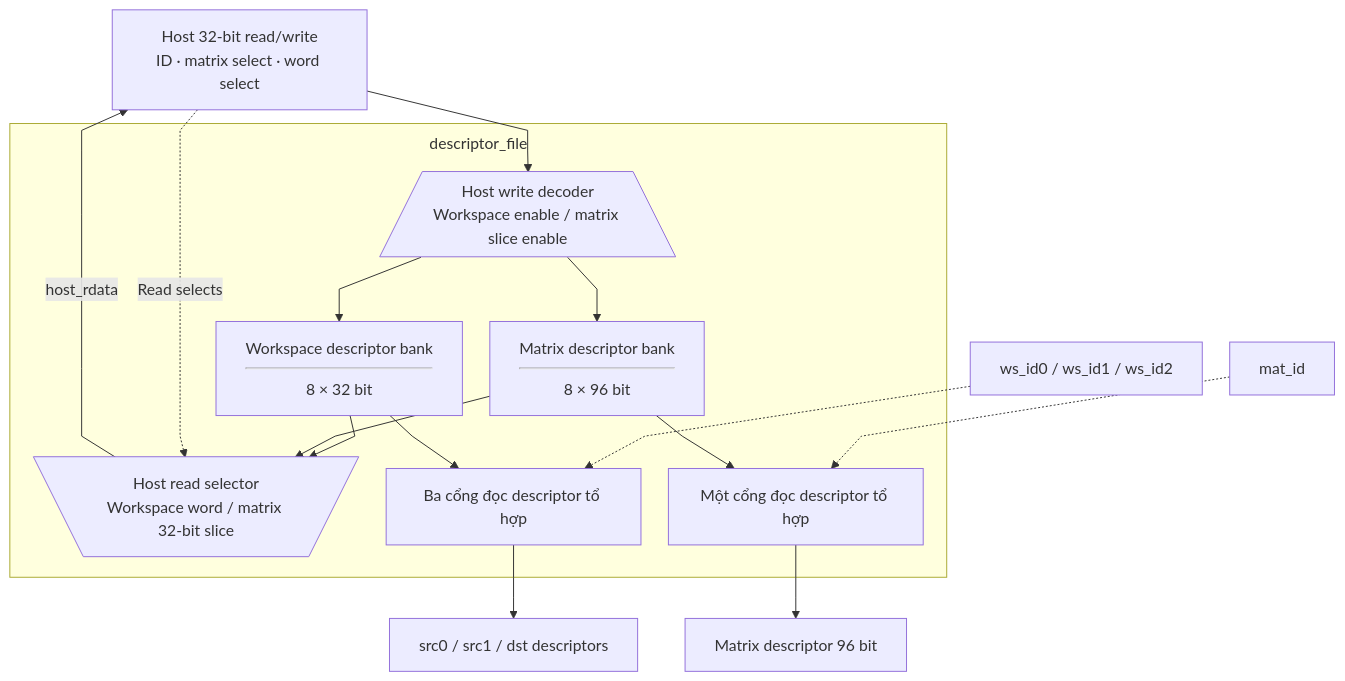
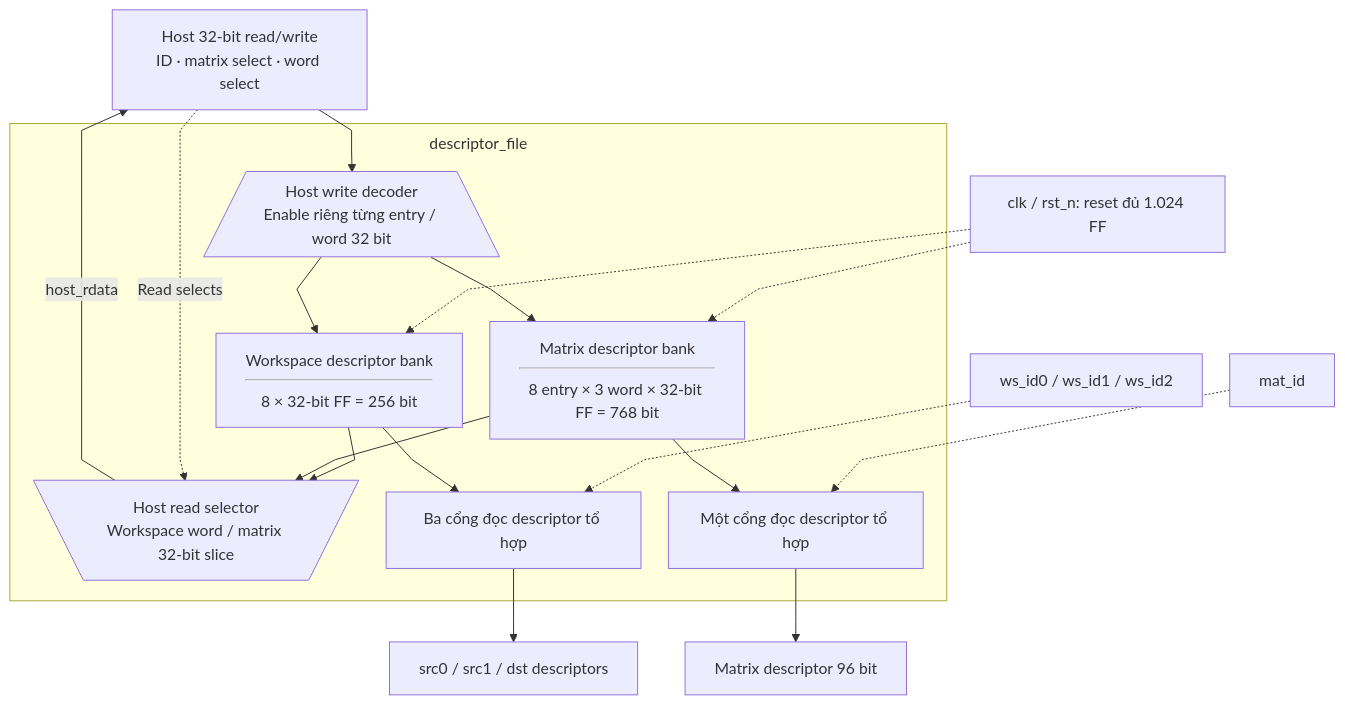
The diagram in docs/source_guide/blocks/descriptor_file.sv.md (nguyennhutkhanhtom/NPU), drawn with Mermaid before and after one commit. The commit also changed other lines of this file and 123 other files, not shown here.

````diff
--- a/docs/source_guide/blocks/descriptor_file.sv.md
+++ b/docs/source_guide/blocks/descriptor_file.sv.md
@@ -15,26 +15,28 @@
 ```mermaid
 flowchart TB
 %%{init: {"flowchart": {"subGraphTitleMargin": {"top": 8, "bottom": 20}, "nodeSpacing": 28, "rankSpacing": 42, "curve": "linear"}}}%%
     H["Host 32-bit read/write<br/>ID · matrix select · word select"]
     subgraph DF["descriptor_file"]
-        WD@{ shape: trap-b, label: "Host write decoder<br/>Workspace enable / matrix slice enable" }
-        W@{ shape: rect, label: "Workspace descriptor bank<hr/>8 × 32 bit" }
-        M@{ shape: rect, label: "Matrix descriptor bank<hr/>8 × 96 bit" }
+        WD@{ shape: trap-b, label: "Host write decoder<br/>Enable riêng từng entry / word 32 bit" }
+        W@{ shape: rect, label: "Workspace descriptor bank<hr/>8 × 32-bit FF = 256 bit" }
+        M@{ shape: rect, label: "Matrix descriptor bank<hr/>8 entry × 3 word × 32-bit FF = 768 bit" }
         RM@{ shape: trap-t, label: "Host read selector<br/>Workspace word / matrix 32-bit slice" }
         WR["Ba cổng đọc descriptor tổ hợp"]
         MR["Một cổng đọc descriptor tổ hợp"]
     end
+    CLK["clk / rst_n: reset đủ 1.024 FF"] -.-> W
+    CLK -.-> M
     H --> WD
     WD --> W
     WD --> M
     W --> RM
     M --> RM
     H -.->|"Read selects"| RM
     RM -->|"host_rdata"| H
     IDS["ws_id0 / ws_id1 / ws_id2"] -.-> WR
     MID["mat_id"] -.-> MR
     W --> WR
     M --> MR
     WR --> WO["src0 / src1 / dst descriptors"]
     MR --> MO["Matrix descriptor 96 bit"]
 ```
````
